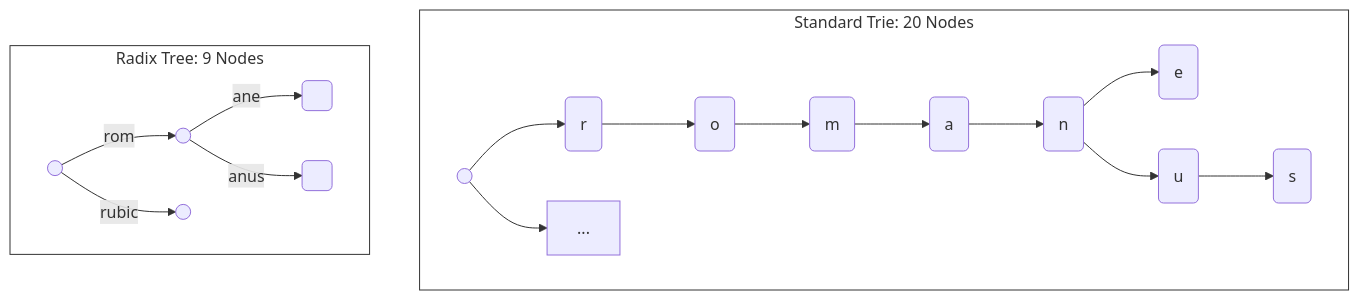
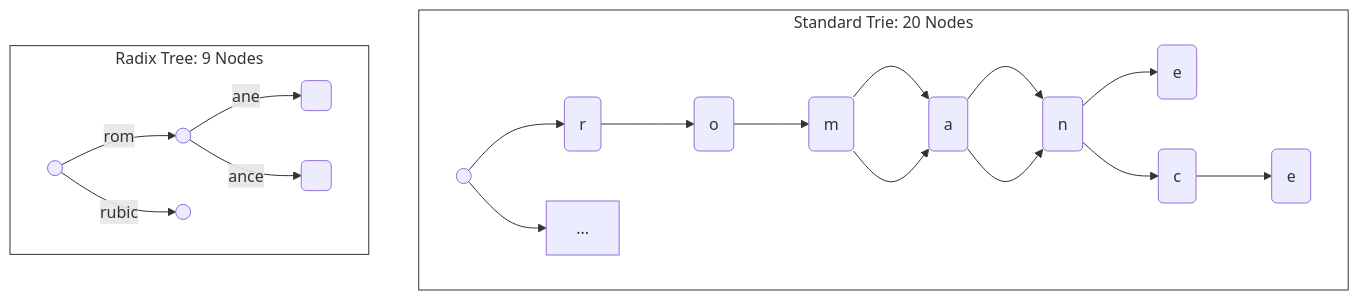
The fourth of 11 diagrams in content/en/blog/post/computer_science/algorithms/prefix-trees/index.md (tdj28/blog), drawn with Mermaid before and after one commit. The commit also changed other lines of this file, not shown here.

Commit message:
chore: prefix-tree updates

```diff
--- a/content/en/blog/post/computer_science/algorithms/prefix-trees/index.md
+++ b/content/en/blog/post/computer_science/algorithms/prefix-trees/index.md
@@ -479,19 +437,19 @@
 {{< mermaid >}}
 graph TD
-    subgraph Standard [Standard Trie: 20 Nodes]
+    subgraph Standard ["Standard Trie: 20 Nodes"]
         Root1(( )) --> r(r) --> o(o) --> m(m)
         m --> a(a) --> n(n) --> e(e)
-        n --> u(u) --> s(s)
-        Root1 --> ...
+        m --> a(a) --> n(n) --> c(c) --> e2(e)
+        Root1 --> Dot["..."]
     end
     
-    subgraph Radix [Radix Tree: 9 Nodes]
+    subgraph Radix ["Radix Tree: 9 Nodes"]
         Root2(( )) -- "rom" --> ROM(( ))
         ROM -- "ane" --> ANE( )
-        ROM -- "anus" --> ANUS( )
+        ROM -- "ance" --> ANCE( )
         Root2 -- "rubic" --> RUB(( ))
     end
     
     style Standard fill:#fff,stroke:#333
     style Radix fill:#fff,stroke:#333
 {{< /mermaid >}}
```
